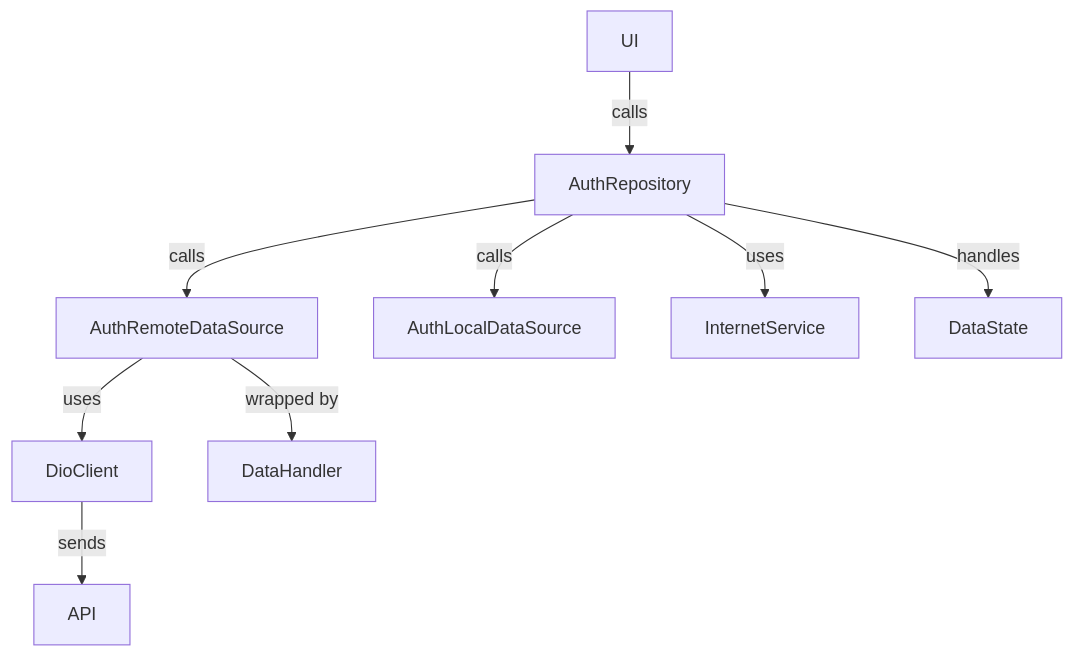
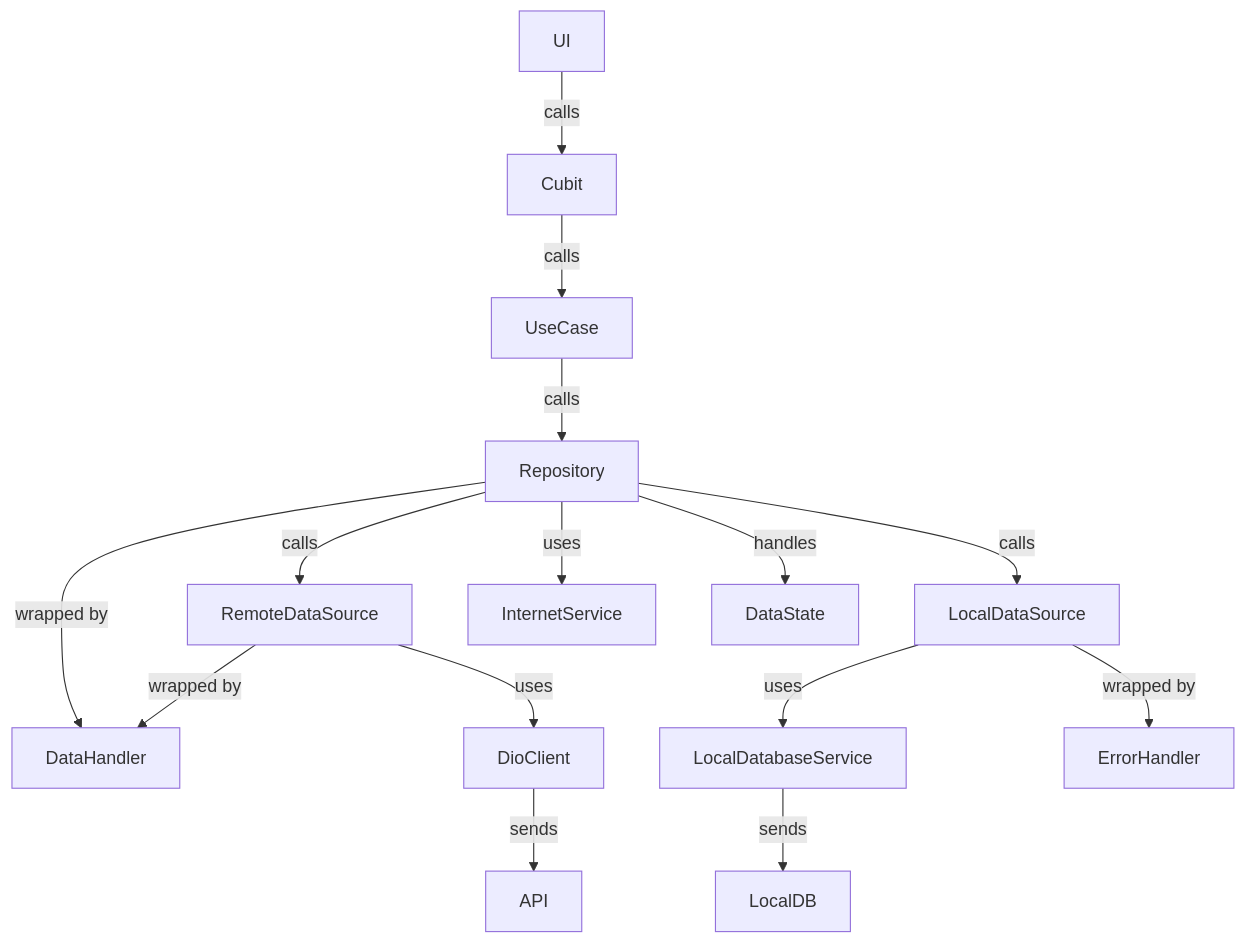
One commit to gaurishankar007/Flutter-Clean-Architecture-SOLID-Principle changed the first of 2 diagrams in README.md. Above: the diagram before and after it, drawn with Mermaid. The commit also changed other lines of this file, not shown here.

Commit message:
docs: readme graph updated

````diff
--- a/README.md
+++ b/README.md
@@ -295,11 +296,17 @@
 ```mermaid
 graph TD
-    UI -->|calls| AuthRepository
-    AuthRepository -->|calls| AuthRemoteDataSource
-    AuthRepository -->|calls| AuthLocalDataSource
-    AuthRemoteDataSource -->|uses| DioClient
+    UI -->|calls| Cubit
+    Cubit -->|calls| UseCase
+    UseCase -->|calls| Repository
+    Repository -->|calls| RemoteDataSource
+    Repository -->|calls| LocalDataSource
+    Repository -->|uses| InternetService
+    Repository -->|wrapped by| DataHandler
+    Repository -->|handles| DataState
+    RemoteDataSource -->|uses| DioClient
+    RemoteDataSource -->|wrapped by| DataHandler
     DioClient -->|sends| API
-    AuthRepository -->|uses| InternetService
-    AuthRemoteDataSource -->|wrapped by| DataHandler
-    AuthRepository -->|handles| DataState
+    LocalDataSource -->|uses| LocalDatabaseService
+    LocalDataSource -->|wrapped by| ErrorHandler
+    LocalDatabaseService -->|sends| LocalDB
 ```
````
